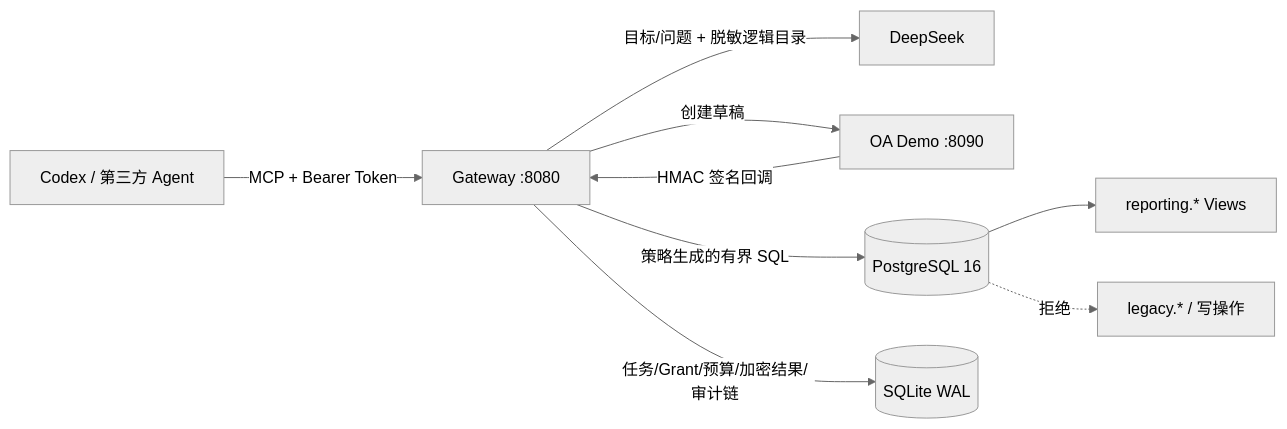
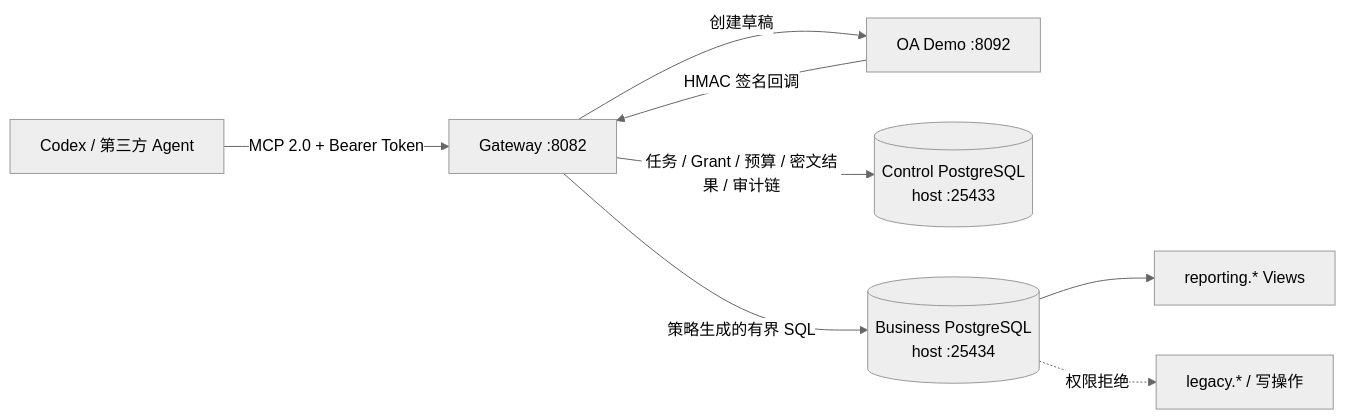
One commit to wuminmin/agent_task_gateway changed the diagram in docs/architecture.md. Above: the diagram before and after it, drawn with Mermaid (neutral theme). The commit also changed other lines of this file and 46 other files, not shown here.

First line of the commit message:
已完整实现 Gateway 无模型化与双 PostgreSQL 改造。

````diff
--- a/docs/architecture.md
+++ b/docs/architecture.md
@@ -7,11 +5,10 @@
 ```mermaid
 flowchart LR
-    A[Codex / 第三方 Agent] -->|MCP + Bearer Token| G[Gateway :8080]
-    G -->|目标/问题 + 脱敏逻辑目录| L[DeepSeek]
-    G -->|创建草稿| O[OA Demo :8090]
+    A[Codex / 第三方 Agent] -->|MCP 2.0 + Bearer Token| G[Gateway :8082]
+    G -->|创建草稿| O[OA Demo :8092]
     O -->|HMAC 签名回调| G
-    G -->|策略生成的有界 SQL| P[(PostgreSQL 16)]
-    G -->|任务/Grant/预算/加密结果/审计链| S[(SQLite WAL)]
-    P --> V[reporting.* Views]
-    P -. 拒绝 .-> X[legacy.* / 写操作]
+    G -->|任务 / Grant / 预算 / 密文结果 / 审计链| C[(Control PostgreSQL<br/>host :25433)]
+    G -->|策略生成的有界 SQL| B[(Business PostgreSQL<br/>host :25434)]
+    B --> V[reporting.* Views]
+    B -. 权限拒绝 .-> X[legacy.* / 写操作]
 ```
````
